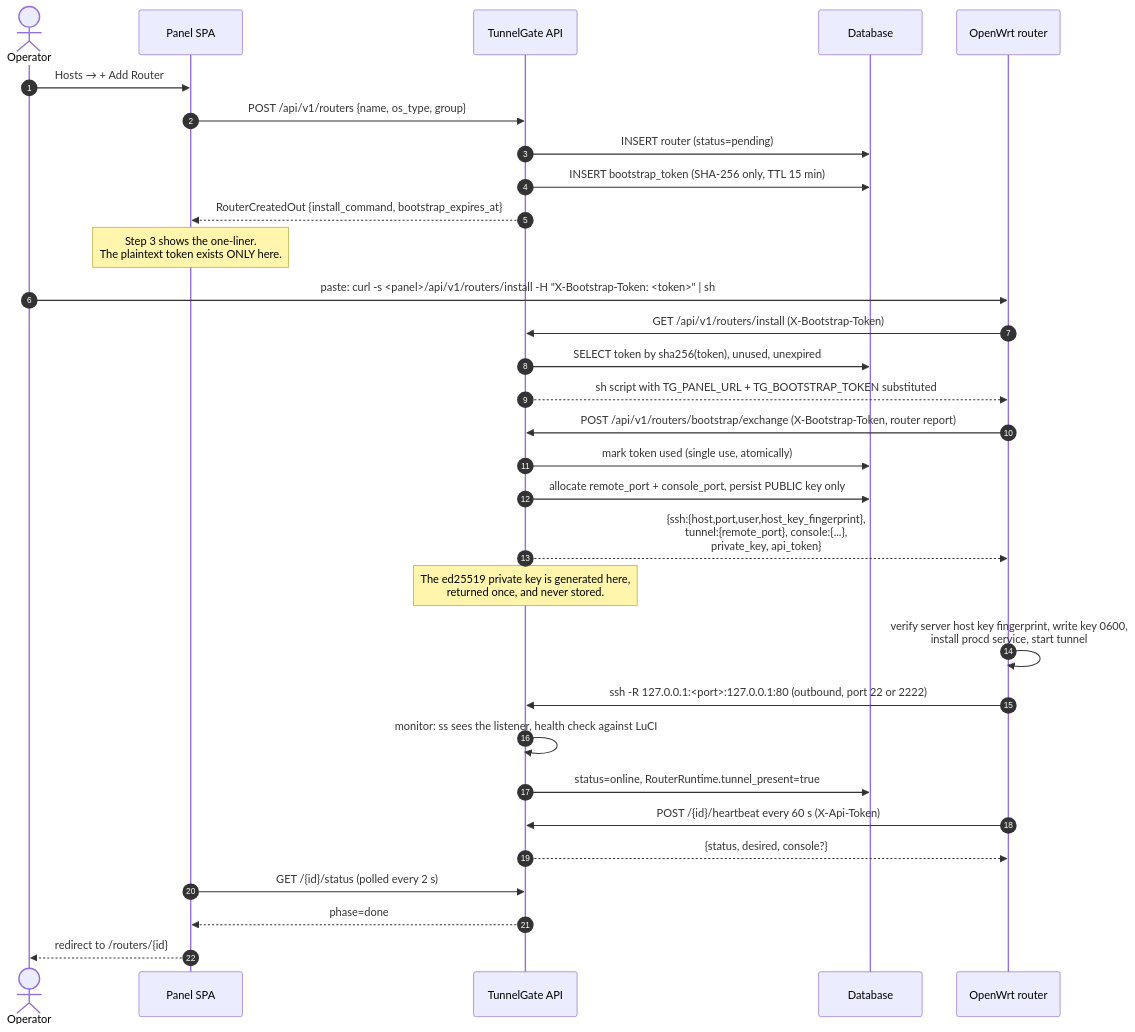
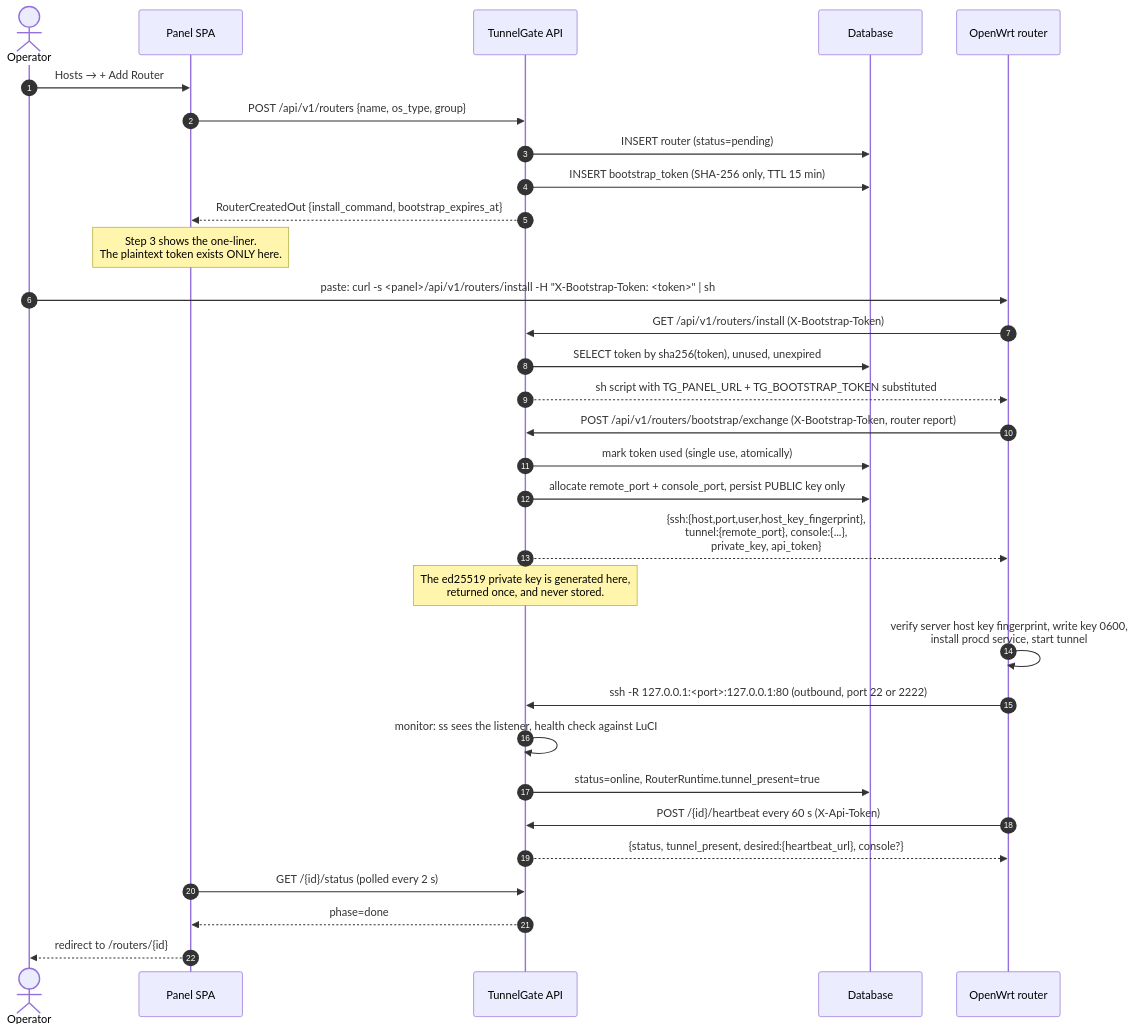
Before and after one commit to Ghost-in-the-dark/tunnelgate: the second of 6 diagrams in docs/ARCHITECTURE.md, drawn with Mermaid. The commit also changed other lines of this file and 48 other files, not shown here.

````diff
--- a/docs/ARCHITECTURE.md
+++ b/docs/ARCHITECTURE.md
@@ -89,34 +89,34 @@
 ```mermaid
 sequenceDiagram
     autonumber
     actor OP as Operator
     participant UI as Panel SPA
     participant API as TunnelGate API
     participant DB as Database
     participant R as OpenWrt router
 
     OP->>UI: Hosts → + Add Router
     UI->>API: POST /api/v1/routers {name, os_type, group}
     API->>DB: INSERT router (status=pending)
     API->>DB: INSERT bootstrap_token (SHA-256 only, TTL 15 min)
     API-->>UI: RouterCreatedOut {install_command, bootstrap_expires_at}
     Note over UI: Step 3 shows the one-liner.<br/>The plaintext token exists ONLY here.
     OP->>R: paste: curl -s <panel>/api/v1/routers/install -H "X-Bootstrap-Token: <token>" | sh
     R->>API: GET /api/v1/routers/install (X-Bootstrap-Token)
     API->>DB: SELECT token by sha256(token), unused, unexpired
     API-->>R: sh script with TG_PANEL_URL + TG_BOOTSTRAP_TOKEN substituted
     R->>API: POST /api/v1/routers/bootstrap/exchange (X-Bootstrap-Token, router report)
     API->>DB: mark token used (single use, atomically)
     API->>DB: allocate remote_port + console_port, persist PUBLIC key only
     API-->>R: {ssh:{host,port,user,host_key_fingerprint},<br/>tunnel:{remote_port}, console:{...},<br/>private_key, api_token}
     Note over API: The ed25519 private key is generated here,<br/>returned once, and never stored.
     R->>R: verify server host key fingerprint, write key 0600,<br/>install procd service, start tunnel
     R->>API: ssh -R 127.0.0.1:<port>:127.0.0.1:80 (outbound, port 22 or 2222)
     API->>API: monitor: ss sees the listener, health check against LuCI
     API->>DB: status=online, RouterRuntime.tunnel_present=true
     R->>API: POST /{id}/heartbeat every 60 s (X-Api-Token)
-    API-->>R: {status, desired, console?}
+    API-->>R: {status, tunnel_present, desired:{heartbeat_url}, console?}
     UI->>API: GET /{id}/status (polled every 2 s)
     API-->>UI: phase=done
     UI-->>OP: redirect to /routers/{id}
 ```
````
